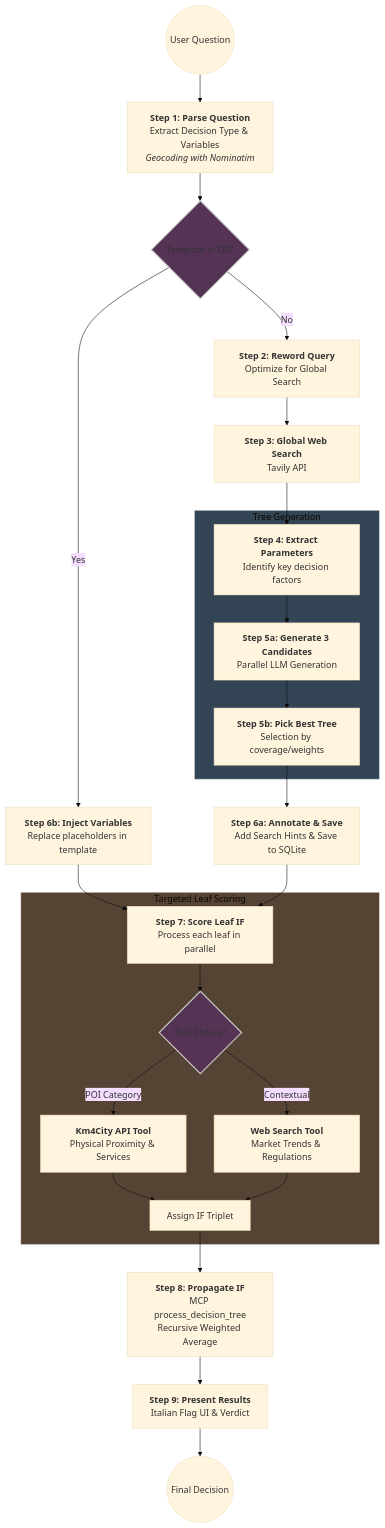
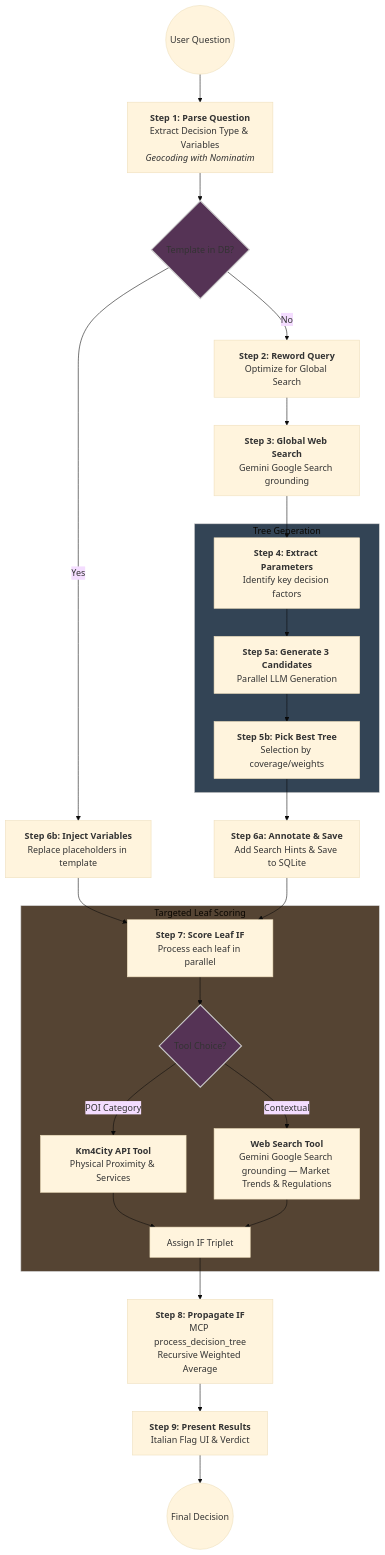
Before and after one commit to deltaplanoo/Agentic-Probability-Engine: the first of 2 diagrams in README.md, drawn with Mermaid (base theme). The commit also changed other lines of this file and 5 other files, not shown here.

Commit message:
feat: Gemini Google Search tool

````diff
--- a/README.md
+++ b/README.md
@@ -4,45 +4,45 @@
 ```mermaid
 graph TD
     %% Entry Point
     Start((User Question)) --> Parse[<b>Step 1: Parse Question</b><br/>Extract Decision Type & Variables<br/><i>Geocoding with Nominatim</i>]
     
     %% Routing logic
     Parse --> CheckDB{Template in DB?}
     %% Path A: Reusing Template
     CheckDB -- Yes --> Inject[<b>Step 6b: Inject Variables</b><br/>Replace placeholders in template]
     Inject --> Score
 
     %% Path B: New Template Generation
     CheckDB -- No --> Reword[<b>Step 2: Reword Query</b><br/>Optimize for Global Search]
-    Reword --> GlobalSearch[<b>Step 3: Global Web Search</b><br/>Tavily API]
+    Reword --> GlobalSearch[<b>Step 3: Global Web Search</b><br/>Gemini Google Search grounding]
     GlobalSearch --> ExtractParams[<b>Step 4: Extract Parameters</b><br/>Identify key decision factors]
 
     subgraph Parallel_Generation [Tree Generation]
         ExtractParams --> GenTrees[<b>Step 5a: Generate 3 Candidates</b><br/>Parallel LLM Generation]
         GenTrees --> PickBest[<b>Step 5b: Pick Best Tree</b><br/>Selection by coverage/weights]
     end
     
     PickBest --> Annotate[<b>Step 6a: Annotate & Save</b><br/>Add Search Hints & Save to SQLite]
     Annotate --> Score
 
     %% Core Scoring Logic
     subgraph Leaf_Scoring [Targeted Leaf Scoring]
         Score[<b>Step 7: Score Leaf IF</b><br/>Process each leaf in parallel]
         Score --> Choice{Tool Choice?}
         Choice -- POI Category --> POITool[<b>Km4City API Tool</b><br/>Physical Proximity & Services]
-        Choice -- Contextual --> WebTool[<b>Web Search Tool</b><br/>Market Trends & Regulations]
+        Choice -- Contextual --> WebTool[<b>Web Search Tool</b><br/>Gemini Google Search grounding — Market Trends & Regulations]
         POITool --> AggResults[Assign IF Triplet]
         WebTool --> AggResults
     end
     
     %% Final Calculation
     AggResults --> Propagate[<b>Step 8: Propagate IF</b><br/>MCP process_decision_tree<br/>Recursive Weighted Average]
     Propagate --> Display[<b>Step 9: Present Results</b><br/>Italian Flag UI & Verdict]
     Display --> End((Final Decision))
     
     %% Styling
     style CheckDB fill:#535,stroke:#ccc,stroke-width:2px
     style Choice fill:#535,stroke:#ccc,stroke-width:2px
     style Parallel_Generation fill:#345,stroke:#ccc
     style Leaf_Scoring fill:#543,stroke:#ccc
 ```
````
